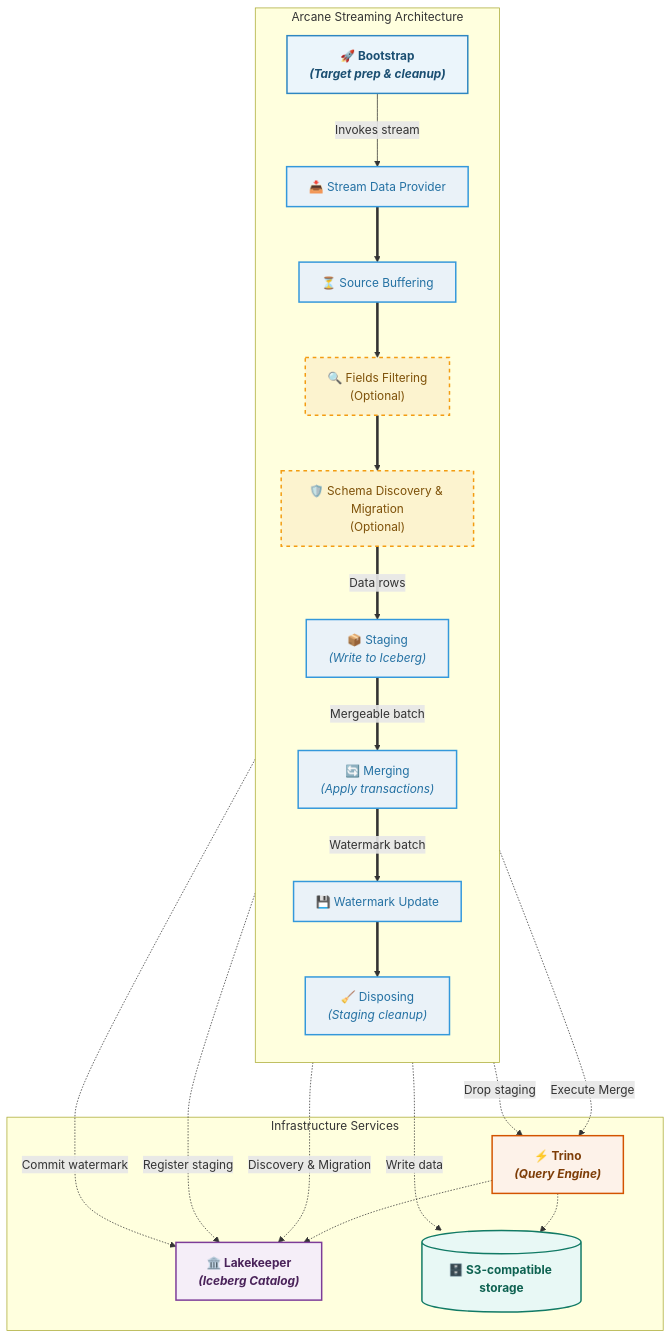
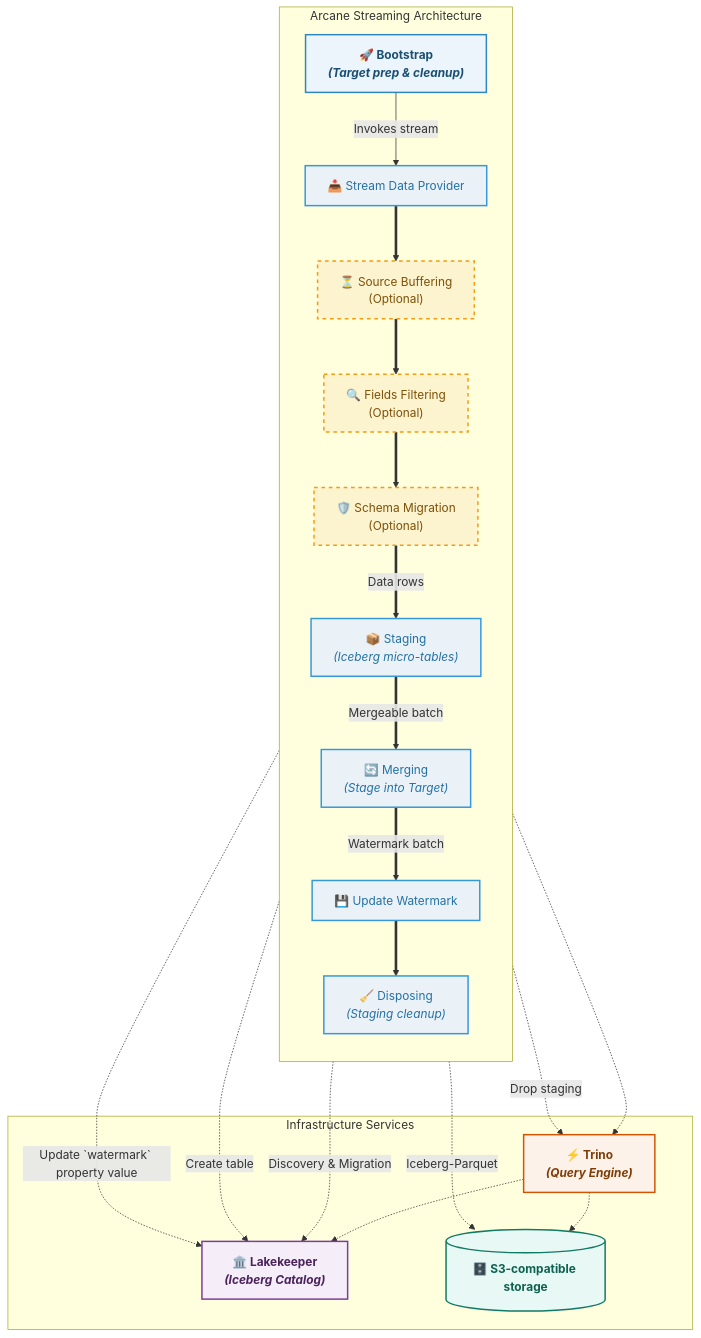
The diagram in docs/architecture.md (SneaksAndData/arcane-framework-scala), drawn with Mermaid before and after one commit.

Commit message:
Refresh architecture diagram

````diff
--- a/docs/architecture.md
+++ b/docs/architecture.md
@@ -1,52 +1,52 @@
 ```mermaid
 graph TD
     %% Modern Professional Theme & Styling
     classDef bootstrap fill:#ebf5fb,stroke:#2e86c1,stroke-width:2px,color:#1b4f72,font-weight:bold;
     classDef core fill:#eaf2f8,stroke:#3498db,stroke-width:2px,color:#2471a3;
     classDef optional fill:#fcf3cf,stroke:#f39c12,stroke-width:2px,stroke-dasharray: 5 5,color:#7e5109;
     classDef storage fill:#e8f8f5,stroke:#117a65,stroke-width:2px,color:#0e6251,font-weight:bold;
     classDef catalog fill:#f5eef8,stroke:#7d3c98,stroke-width:2px,color:#4a235a,font-weight:bold;
     classDef engine fill:#fdf2e9,stroke:#d35400,stroke-width:2px,color:#7e3d07,font-weight:bold;
 
     subgraph Arcane [Arcane Streaming Architecture]
         direction TB
         Bootstrap["🚀 Bootstrap<br/><i>(Target prep & cleanup)</i>"]:::bootstrap
         StreamDataProvider["📥 Stream Data Provider"]:::core
-        SourceBuffering["⏳ Source Buffering"]:::core
+        SourceBuffering["⏳ Source Buffering<br/>(Optional)"]:::optional
         FieldsFiltering["🔍 Fields Filtering<br/>(Optional)"]:::optional
-        SchemaDiscoveryMigration["🛡️ Schema Discovery & Migration<br/>(Optional)"]:::optional
-        Staging["📦 Staging<br/><i>(Write to Iceberg)</i>"]:::core
-        Merging["🔄 Merging<br/><i>(Apply transactions)</i>"]:::core
-        WatermarkUpdate["💾 Watermark Update"]:::core
+        SchemaDiscoveryMigration["🛡️ Schema Migration<br/>(Optional)"]:::optional
+        Staging["📦 Staging<br/><i>(Iceberg micro-tables)</i>"]:::core
+        Merging["🔄 Merging<br/><i>(Stage into Target)</i>"]:::core
+        WatermarkUpdate["💾 Update Watermark"]:::core
         Disposing["🧹 Disposing<br/><i>(Staging cleanup)</i>"]:::core
     end
 
     subgraph Infrastructure [Infrastructure Services]
         Lakekeeper["🏛️ Lakekeeper<br/><i>(Iceberg Catalog)</i>"]:::catalog
         S3[("🗄️ S3-compatible storage")]:::storage
         Trino["⚡ Trino<br/><i>(Query Engine)</i>"]:::engine
     end
 
     %% Internal pipeline connections & Data Flows
     Bootstrap -->|Invokes stream| StreamDataProvider
     StreamDataProvider ==> SourceBuffering
     SourceBuffering ==> FieldsFiltering
     FieldsFiltering ==> SchemaDiscoveryMigration
     SchemaDiscoveryMigration ==>|"Data rows"| Staging
     Staging ==>|"Mergeable batch"| Merging
     Merging ==>|"Watermark batch"| WatermarkUpdate
     WatermarkUpdate ==> Disposing
 
     %% External Data and Command Interactions
     SchemaDiscoveryMigration -.->|"Discovery & Migration"| Lakekeeper
-    Staging -.->|"Write data"| S3
-    Staging -.->|"Register staging"| Lakekeeper
+    Staging -.->|"Iceberg-Parquet"| S3
+    Staging -.->|"Create table"| Lakekeeper
 
-    Merging -.->|"Execute Merge"| Trino
-    WatermarkUpdate -.->|"Commit watermark"| Lakekeeper
+    Merging -.-> Trino
+    WatermarkUpdate -.->|"Update `watermark` property value"| Lakekeeper
     Disposing -.->|"Drop staging"| Trino
 
     %% Trino Interactions
     Trino -.-> Lakekeeper
     Trino -.-> S3
 ```
````
